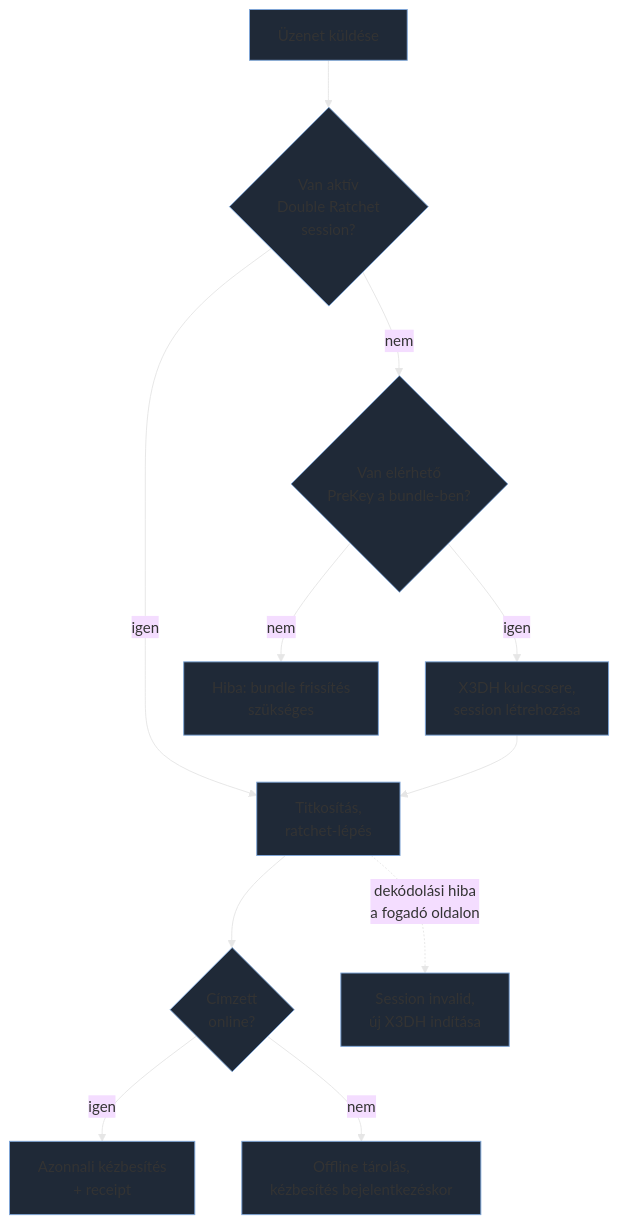
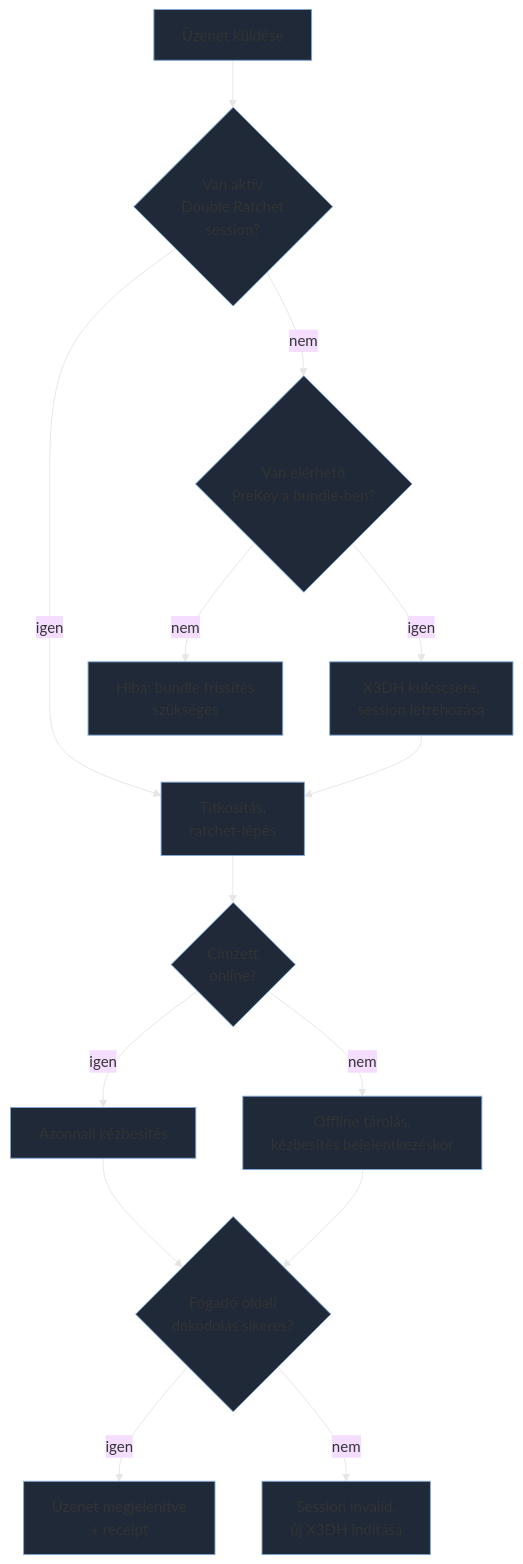
One commit to NDominikViktor/szak_gyak changed the second of 3 diagrams in docs/research/chat-alternatives.md. Above: the diagram before and after it, drawn with Mermaid. The commit also changed other lines of this file, not shown here.

First line of the commit message:
fix: route flowchart error branch through a decision diamond

````diff
--- a/docs/research/chat-alternatives.md
+++ b/docs/research/chat-alternatives.md
@@ -119,20 +121,23 @@
 ```mermaid
 %%{init: {"theme": "base", "themeVariables": {
   "lineColor": "#e6e6e6",
   "textColor": "#f0f3f7",
   "mainBkg": "#1f2937",
   "nodeBorder": "#7ea6d8",
   "clusterBkg": "#1f2937"
 }}}%%
 flowchart TD
     A[Üzenet küldése] --> B{Van aktív<br/>Double Ratchet<br/>session?}
     B -->|igen| C[Titkosítás,<br/>ratchet-lépés]
     B -->|nem| D{Van elérhető<br/>PreKey a bundle-ben?}
     D -->|igen| E[X3DH kulcscsere,<br/>session létrehozása]
     D -->|nem| F[Hiba: bundle frissítés<br/>szükséges]
     E --> C
     C --> G{Címzett<br/>online?}
-    G -->|igen| H[Azonnali kézbesítés<br/>+ receipt]
+    G -->|igen| H[Azonnali kézbesítés]
     G -->|nem| I[Offline tárolás,<br/>kézbesítés bejelentkezéskor]
-    C -.->|dekódolási hiba<br/>a fogadó oldalon| J[Session invalid,<br/>új X3DH indítása]
+    H --> K{Fogadó oldali<br/>dekódolás sikeres?}
+    I --> K
+    K -->|igen| L[Üzenet megjelenítve<br/>+ receipt]
+    K -->|nem| J[Session invalid,<br/>új X3DH indítása]
 ```
````
